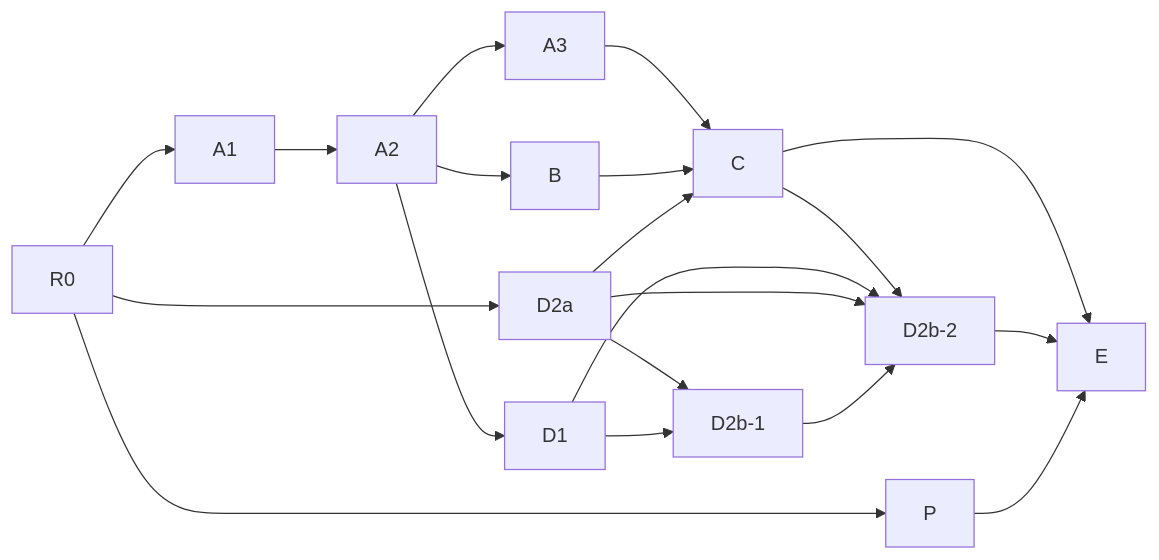
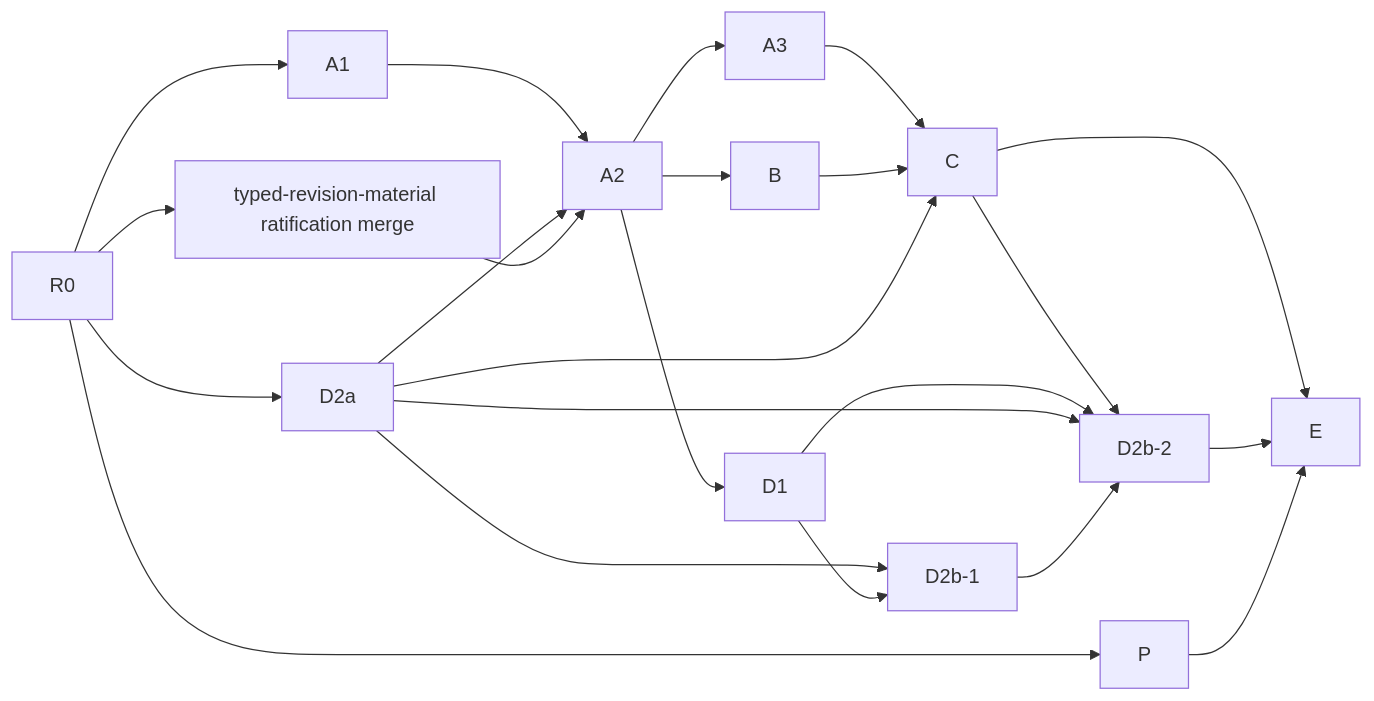
Before and after one commit to kazormia296/Grimodex: the diagram in docs/plans/nir1-l6-l9-execution-plan.md, drawn with Mermaid. The commit also changed other lines of this file and 3 other files, not shown here.

First line of the commit message:
docs(nir1): ratify typed revision contract (#579)

````diff
--- a/docs/plans/nir1-l6-l9-execution-plan.md
+++ b/docs/plans/nir1-l6-l9-execution-plan.md
@@ -296,18 +296,22 @@
 ```mermaid
 flowchart LR
   R0 --> D2a
-  R0 --> A1 --> A2
+  R0 --> A1
+  R0 --> TR[typed-revision-material ratification merge]
+  A1 --> A2
+  D2a --> A2
+  TR --> A2
   A2 --> A3 --> C
   A2 --> B --> C
   A2 --> D1
   D2a --> C
   D2a --> D2b1[D2b-1]
   D1 --> D2b1
   C --> D2b2[D2b-2]
   D1 --> D2b2
   D2a --> D2b2
   D2b1 --> D2b2
   C --> E
   D2b2 --> E
   R0 --> P --> E
 ```
````
